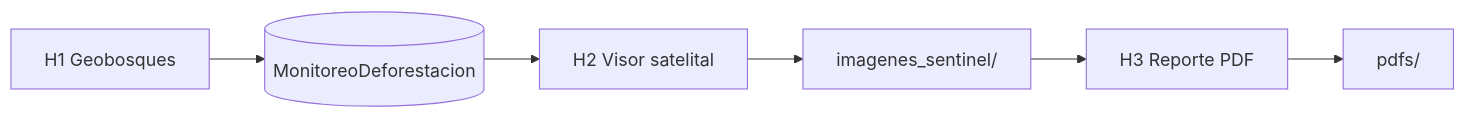
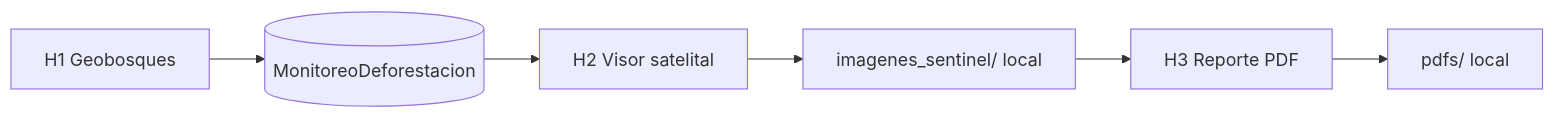
One commit to GFP-Subnacional-Peru/ATD-Toolbox-ACR changed the diagram in README.md. Above: the diagram before and after it, drawn with Mermaid. The commit also changed other lines of this file and 20 other files, not shown here.

````diff
--- a/README.md
+++ b/README.md
@@ -87,8 +71,8 @@
 ```mermaid
 flowchart LR
   A[H1 Geobosques] --> B[(MonitoreoDeforestacion)]
   B --> C[H2 Visor satelital]
-  C --> D[imagenes_sentinel/]
+  C --> D[imagenes_sentinel/ local]
   D --> E[H3 Reporte PDF]
-  E --> F[pdfs/]
+  E --> F[pdfs/ local]
 ```
````
